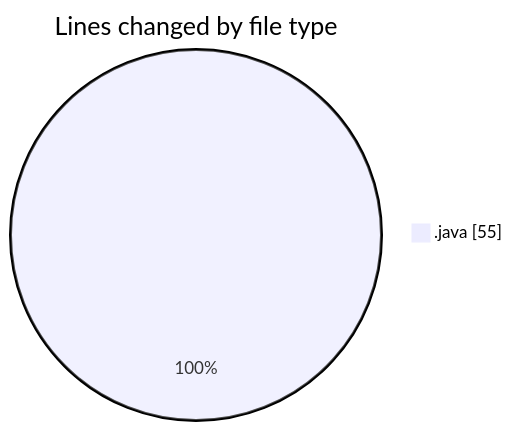
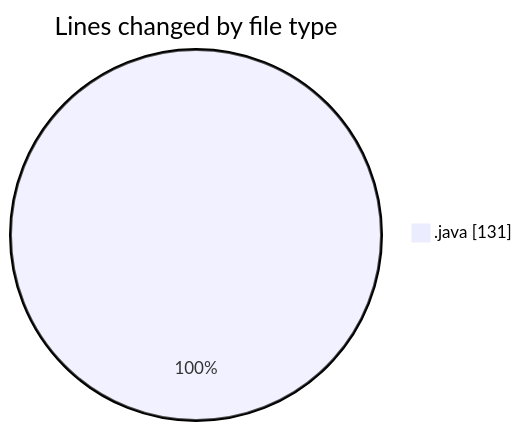
Before and after one commit to NitaiMahat/code-tracking: the first of 2 diagrams in 2025-02-16/optional_codings/README.md, drawn with Mermaid. The commit also changed other lines of this file and 1 other file, not shown here.

````diff
--- a/2025-02-16/optional_codings/README.md
+++ b/2025-02-16/optional_codings/README.md
@@ -20,5 +21,5 @@
 ```mermaid
 pie showData
 title Lines changed by file type
-".java" : 55
+".java" : 131
 ```
````
